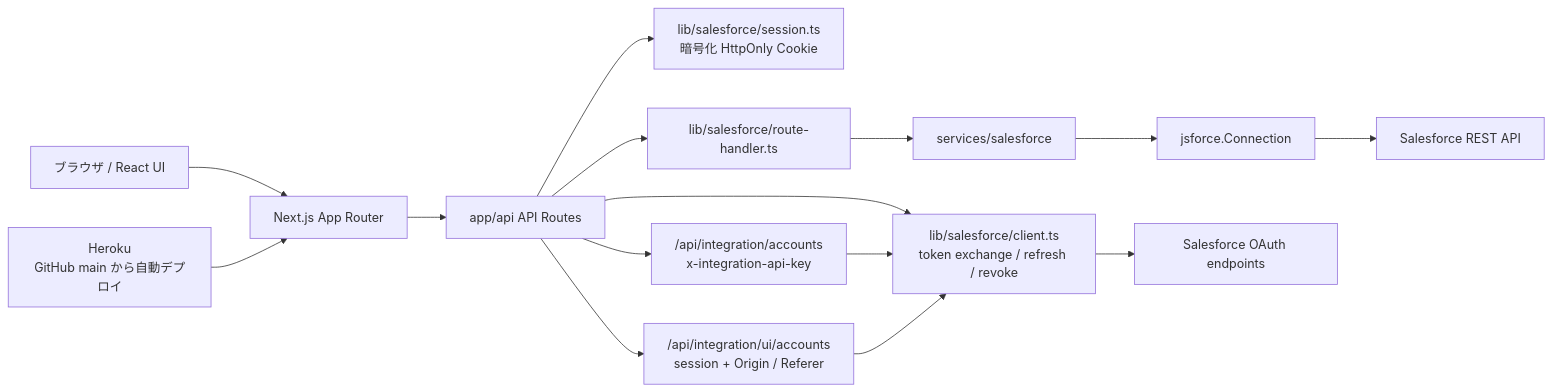
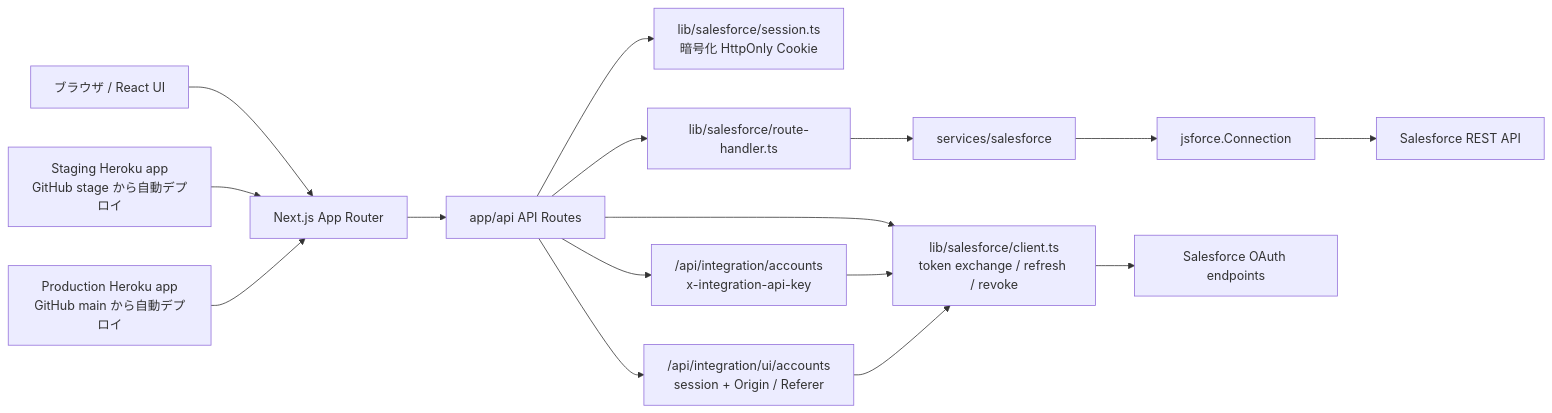
The first of 3 diagrams in docs/architecture/system-overview.md (tyoshikawa1106/salesforce-api-playground), drawn with Mermaid before and after one commit. The commit also changed other lines of this file and 8 other files, not shown here.

````diff
--- a/docs/architecture/system-overview.md
+++ b/docs/architecture/system-overview.md
@@ -20,17 +20,18 @@
 ```mermaid
 flowchart LR
     Browser["ブラウザ / React UI"] --> App["Next.js App Router"]
     App --> Api["app/api API Routes"]
     Api --> Session["lib/salesforce/session.ts<br/>暗号化 HttpOnly Cookie"]
     Api --> RouteHandler["lib/salesforce/route-handler.ts"]
     RouteHandler --> Service["services/salesforce"]
     Service --> Jsforce["jsforce.Connection"]
     Jsforce --> Salesforce["Salesforce REST API"]
     Api --> OAuthClient["lib/salesforce/client.ts<br/>token exchange / refresh / revoke"]
     OAuthClient --> SalesforceOAuth["Salesforce OAuth endpoints"]
     Api --> IntegrationApi["/api/integration/accounts<br/>x-integration-api-key"]
     Api --> IntegrationUiApi["/api/integration/ui/accounts<br/>session + Origin / Referer"]
     IntegrationApi --> OAuthClient
     IntegrationUiApi --> OAuthClient
-    Heroku["Heroku<br/>GitHub main から自動デプロイ"] --> App
+    StageHeroku["Staging Heroku app<br/>GitHub stage から自動デプロイ"] --> App
+    ProductionHeroku["Production Heroku app<br/>GitHub main から自動デプロイ"] --> App
 ```
````
